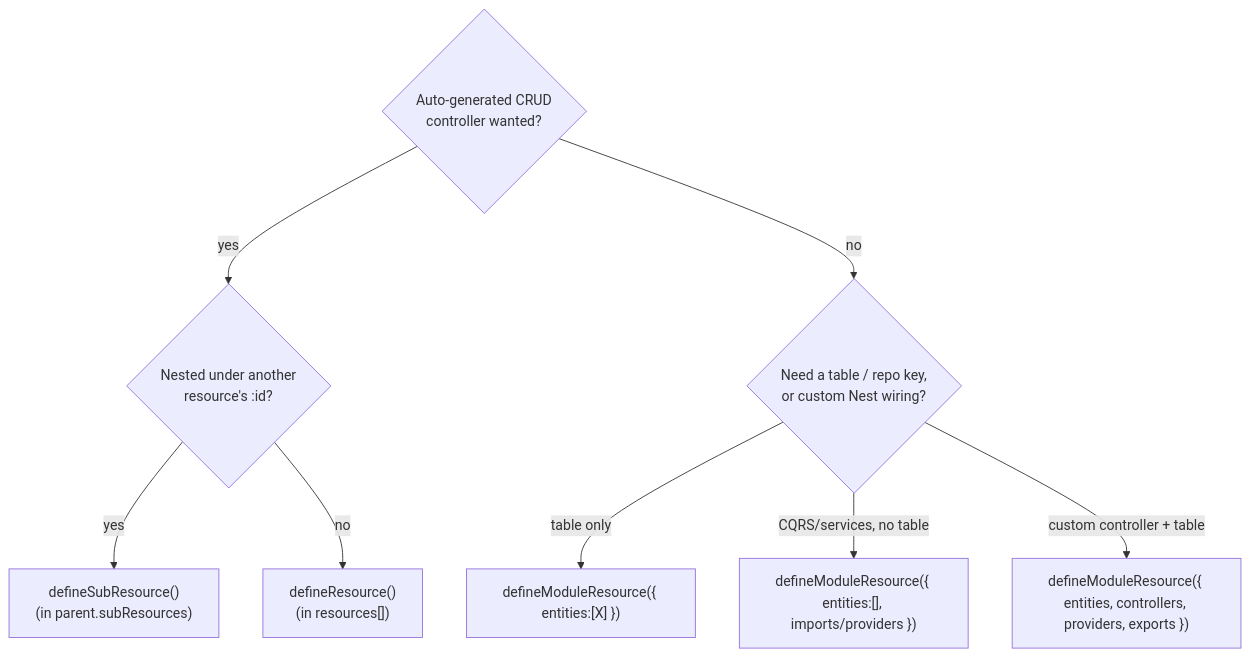
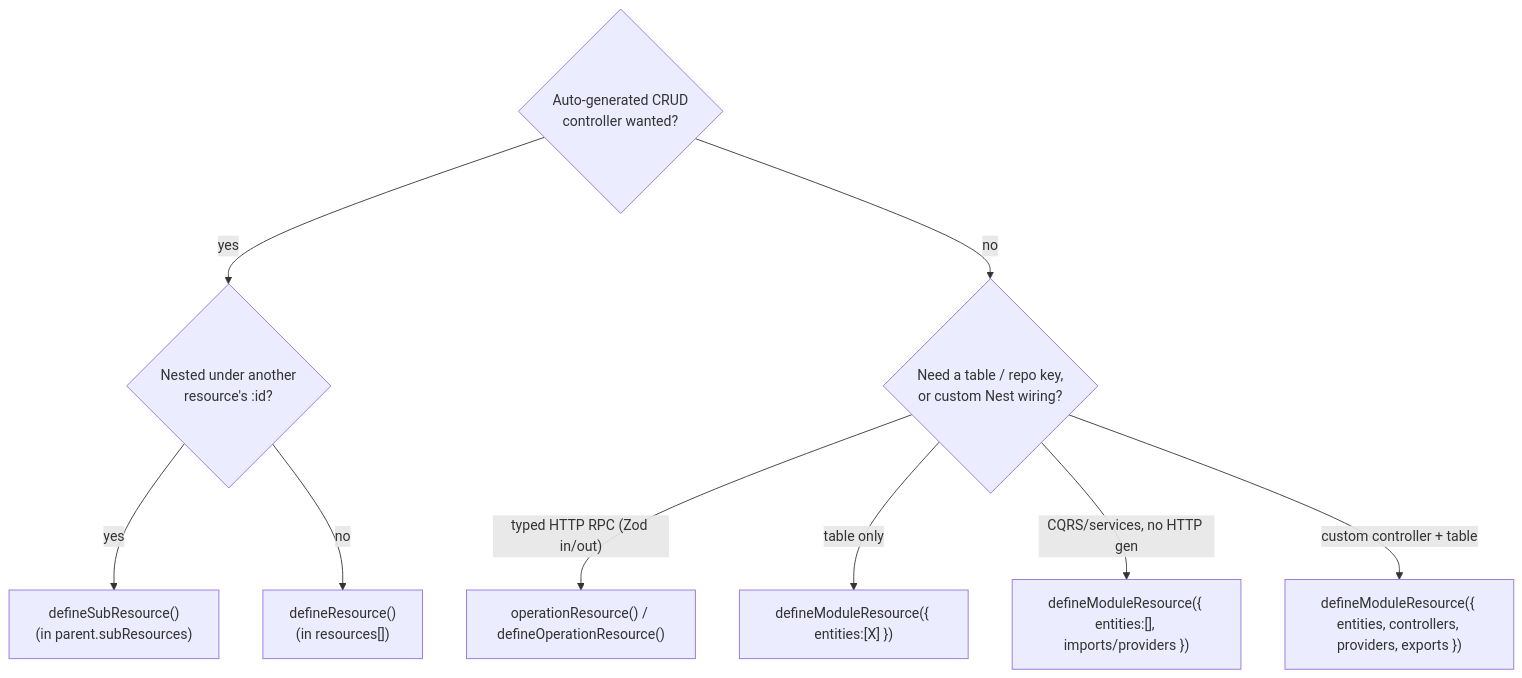
Before and after one commit to conceptadev/rockets: the sixth of 6 diagrams in CONFIGURATION.md, drawn with Mermaid. The commit also changed other lines of this file and 99 other files, not shown here.

Commit message:
feat(core): operationResource typed non-CRUD endpoints (#43, #50) (#49)

````diff
--- a/CONFIGURATION.md
+++ b/CONFIGURATION.md
@@ -671,11 +1149,12 @@
 ```mermaid
 flowchart TD
   Q1{"Auto-generated CRUD\ncontroller wanted?"}
   Q1 -- yes --> Q2{"Nested under another\nresource's :id?"}
   Q2 -- yes --> SUB["defineSubResource()\n(in parent.subResources)"]
   Q2 -- no  --> RES["defineResource()\n(in resources[])"]
   Q1 -- no --> Q3{"Need a table / repo key,\nor custom Nest wiring?"}
+  Q3 -- "typed HTTP RPC (Zod in/out)" --> OPS["operationResource() / defineOperationResource()"]
   Q3 -- "table only" --> MOD1["defineModuleResource({ entities:[X] })"]
-  Q3 -- "CQRS/services, no table" --> MOD2["defineModuleResource({ entities:[], imports/providers })"]
+  Q3 -- "CQRS/services, no HTTP gen" --> MOD2["defineModuleResource({ entities:[], imports/providers })"]
   Q3 -- "custom controller + table" --> MOD3["defineModuleResource({ entities, controllers, providers, exports })"]
 ```
````
